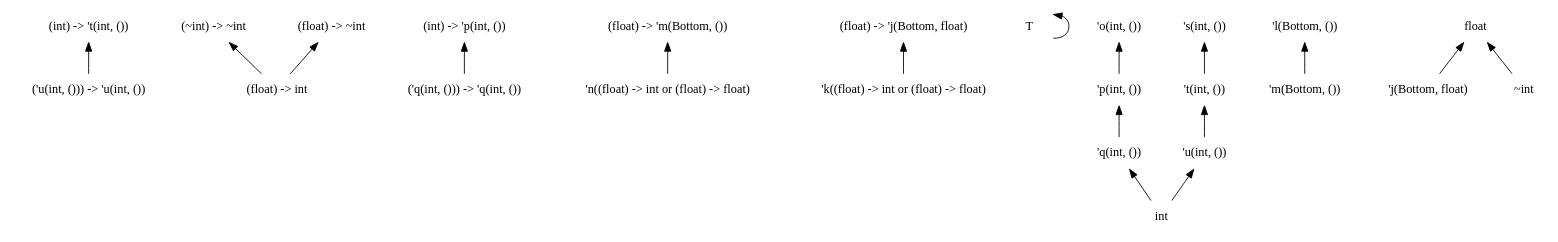
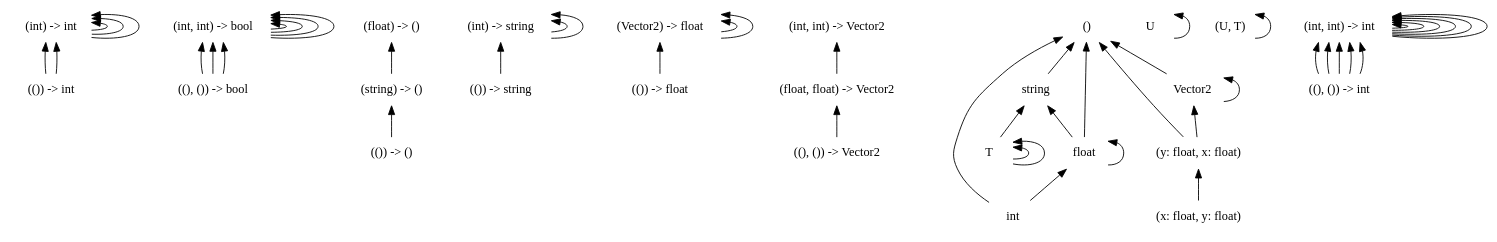
Before and after one commit to chocobo333/regino: the diagram in dots/4.dot, drawn with Graphviz. The commit also changed 37 other files, not shown here.

```diff
--- a/dots/4.dot
+++ b/dots/4.dot
@@ -1,51 +1,87 @@
 digraph order {
   graph [
     size = "30,10"
     ];
   node [
     shape = none
     ];
   edge [
     dir = back
     ];
-  "('u(int, ())) -> 'u(int, ())"
-  "(~int) -> ~int"
-  "(float) -> ~int"
-  "(int) -> 't(int, ())"
-  "(int) -> 'p(int, ())"
-  "(float) -> 'm(Bottom, ())"
-  "(float) -> 'j(Bottom, float)"
+  "(()) -> int"
+  "(int) -> int"
+  "((), ()) -> bool"
+  "(int, int) -> bool"
+  "(()) -> ()"
+  "(string) -> ()"
+  "(()) -> string"
+  "(int) -> string"
+  "(()) -> float"
+  "(Vector2) -> float"
+  "((), ()) -> Vector2"
+  "(float, float) -> Vector2"
+  "(float) -> ()"
+  "(int, int) -> Vector2"
+  "string"
+  "Vector2"
+  "(y: float, x: float)"
   "T"
-  "'k((float) -> int or (float) -> float)"
-  "'n((float) -> int or (float) -> float)"
-  "'t(int, ())"
-  "'u(int, ())"
-  "'p(int, ())"
-  "'q(int, ())"
-  "'m(Bottom, ())"
-  "'j(Bottom, float)"
-  "'s(int, ())"
-  "'o(int, ())"
-  "'l(Bottom, ())"
+  "U"
+  "T"
+  "T"
+  "()"
+  "(U, T)"
   "float"
   "int"
-  "~int"
-  "('q(int, ())) -> 'q(int, ())"
-  "(float) -> int"
-  "(float) -> 'm(Bottom, ())" -> "'n((float) -> int or (float) -> float)"
-  "(float) -> 'j(Bottom, float)" -> "'k((float) -> int or (float) -> float)"
-  "(~int) -> ~int" -> "(float) -> int"
-  "(float) -> ~int" -> "(float) -> int"
+  "((), ()) -> int"
+  "(int, int) -> int"
+  "(float, float) -> Vector2" -> "((), ()) -> Vector2"
+  "(int, int) -> Vector2" -> "(float, float) -> Vector2"
+  "(int, int) -> int" -> "((), ()) -> int"
+  "(int, int) -> int" -> "((), ()) -> int"
+  "(int, int) -> int" -> "((), ()) -> int"
+  "(int, int) -> int" -> "(int, int) -> int"
+  "(int, int) -> int" -> "((), ()) -> int"
+  "(int, int) -> int" -> "((), ()) -> int"
+  "(int, int) -> int" -> "(int, int) -> int"
+  "(int) -> int" -> "(int) -> int"
+  "(int) -> int" -> "(()) -> int"
+  "(int) -> int" -> "(()) -> int"
+  "(int) -> int" -> "(int) -> int"
+  "(int, int) -> int" -> "(int, int) -> int"
+  "(int) -> int" -> "(int) -> int"
+  "(int, int) -> int" -> "(int, int) -> int"
+  "(int, int) -> bool" -> "((), ()) -> bool"
+  "(int, int) -> bool" -> "(int, int) -> bool"
+  "(int, int) -> bool" -> "((), ()) -> bool"
+  "(int, int) -> bool" -> "((), ()) -> bool"
+  "(int, int) -> bool" -> "(int, int) -> bool"
+  "(int, int) -> bool" -> "(int, int) -> bool"
+  "(int) -> string" -> "(()) -> string"
+  "(int) -> string" -> "(int) -> string"
+  "(int) -> string" -> "(int) -> string"
+  "(string) -> ()" -> "(()) -> ()"
+  "string" -> "T"
+  "string" -> "float"
+  "Vector2" -> "Vector2"
+  "Vector2" -> "(y: float, x: float)"
+  "(float) -> ()" -> "(string) -> ()"
+  "(int, int) -> bool" -> "(int, int) -> bool"
+  "(int, int) -> int" -> "(int, int) -> int"
+  "(int, int) -> int" -> "(int, int) -> int"
+  "(y: float, x: float)" -> "(x: float, y: float)"
   "T" -> "T"
-  "float" -> "'j(Bottom, float)"
-  "float" -> "~int"
-  "'s(int, ())" -> "'t(int, ())"
-  "'u(int, ())" -> "int"
-  "'t(int, ())" -> "'u(int, ())"
-  "'o(int, ())" -> "'p(int, ())"
-  "'q(int, ())" -> "int"
-  "'p(int, ())" -> "'q(int, ())"
-  "'l(Bottom, ())" -> "'m(Bottom, ())"
-  "(int) -> 't(int, ())" -> "('u(int, ())) -> 'u(int, ())"
-  "(int) -> 'p(int, ())" -> "('q(int, ())) -> 'q(int, ())"
+  "U" -> "U"
+  "T" -> "T"
+  "()" -> "string"
+  "()" -> "Vector2"
+  "()" -> "(y: float, x: float)"
+  "()" -> "float"
+  "()" -> "int"
+  "(U, T)" -> "(U, T)"
+  "float" -> "float"
+  "float" -> "int"
+  "(Vector2) -> float" -> "(()) -> float"
+  "(Vector2) -> float" -> "(Vector2) -> float"
+  "(Vector2) -> float" -> "(Vector2) -> float"
 }
```
